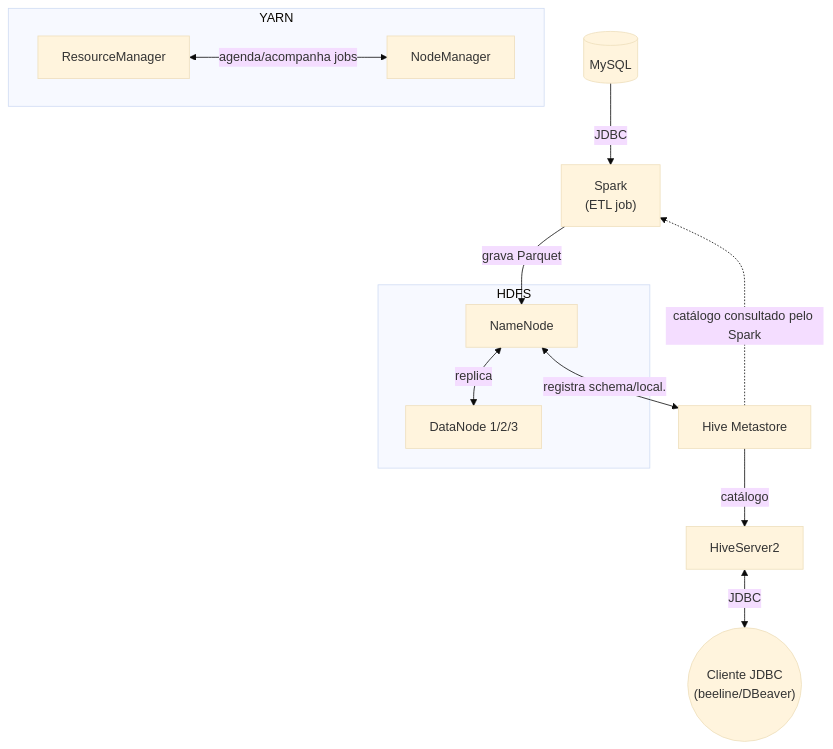
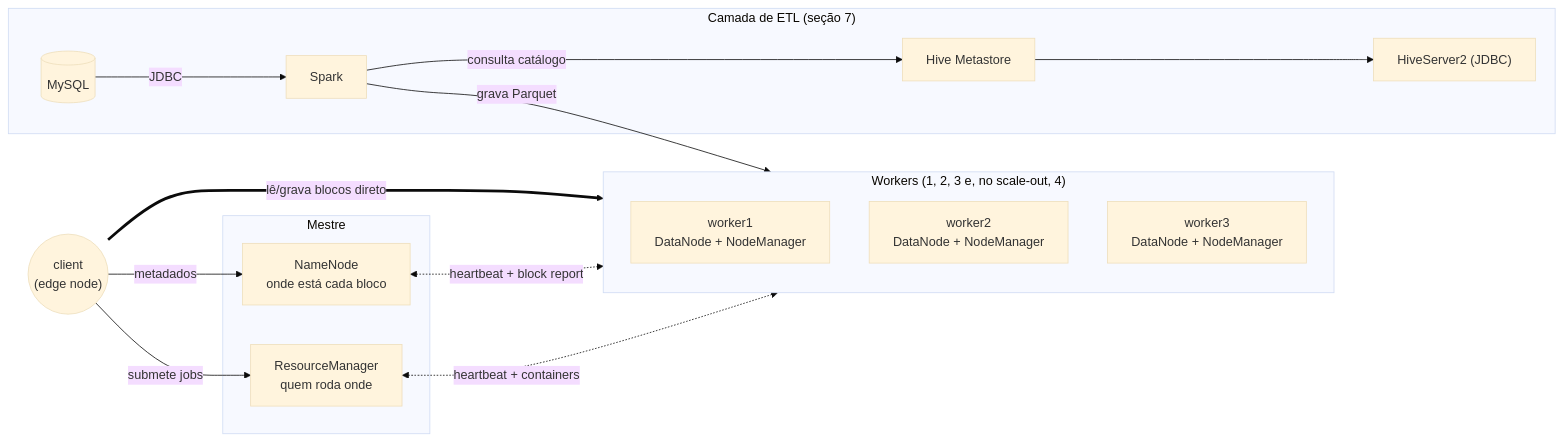
One commit to stailer37/impacta-labs changed the diagram in hadoop/hadoop_lab/README.md. Above: the diagram before and after it, drawn with Mermaid (base theme). The commit also changed other lines of this file and 3 other files, not shown here.

First line of the commit message:
feat(hadoop): exercícios de tolerância a falhas, scale-out e localidade de dados

````diff
--- a/hadoop/hadoop_lab/README.md
+++ b/hadoop/hadoop_lab/README.md
@@ -28,18 +34,28 @@
 ```mermaid
-flowchart TB
-    MySQL[("MySQL")] -- JDBC --> Spark["Spark<br/>(ETL job)"]
-    Spark -- grava Parquet --> NameNode
+flowchart LR
+    Client(("client<br/>(edge node)"))
 
-    subgraph HDFS
-        NameNode["NameNode"] <-- replica --> DataNodes["DataNode 1/2/3"]
+    subgraph Mestre
+        NN["NameNode<br/>onde está cada bloco"]
+        RM["ResourceManager<br/>quem roda onde"]
     end
 
-    NameNode <-- "registra schema/local." --> Hive["Hive Metastore"]
-    Hive -. "catálogo consultado pelo Spark" .-> Spark
-    Hive -- "catálogo" --> HS2["HiveServer2"]
-    HS2 <-- JDBC --> Client(("Cliente JDBC<br/>(beeline/DBeaver)"))
+    subgraph Workers["Workers (1, 2, 3 e, no scale-out, 4)"]
+        W1["worker1<br/>DataNode + NodeManager"]
+        W2["worker2<br/>DataNode + NodeManager"]
+        W3["worker3<br/>DataNode + NodeManager"]
+    end
 
-    subgraph YARN
-        RM["ResourceManager"] <-- "agenda/acompanha jobs" --> NM["NodeManager"]
+    Client -- "metadados" --> NN
+    Client -- "submete jobs" --> RM
+    Client == "lê/grava blocos direto" ==> Workers
+    NN <-. "heartbeat + block report" .-> Workers
+    RM <-. "heartbeat + containers" .-> Workers
+
+    subgraph ETL["Camada de ETL (seção 7)"]
+        MySQL[("MySQL")] -- JDBC --> Spark["Spark"]
+        Spark -- "consulta catálogo" --> HMS["Hive Metastore"]
+        HMS --> HS2["HiveServer2 (JDBC)"]
     end
+    Spark -- "grava Parquet" --> Workers
 ```
````
